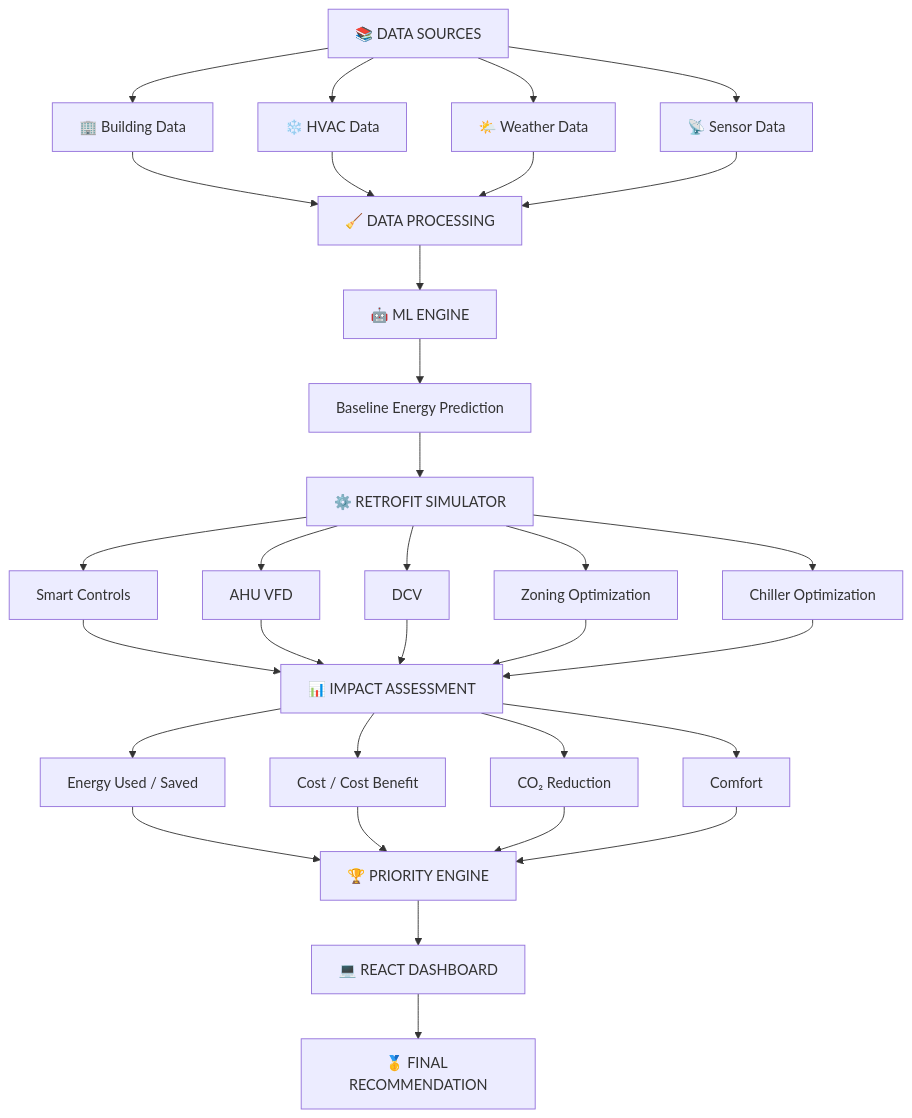
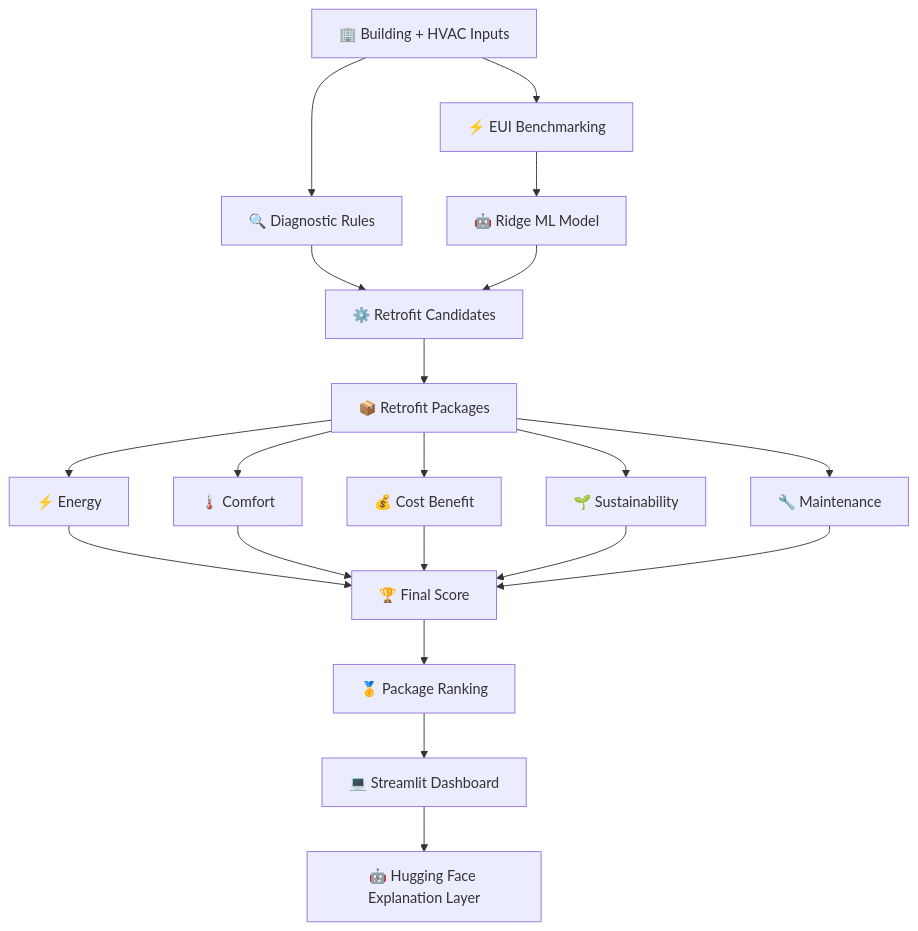
Before and after one commit to Swati-web-arch/Retrofit: the second of 2 diagrams in README.md, drawn with Mermaid. The commit also changed other lines of this file, not shown here.

````diff
--- a/README.md
+++ b/README.md
@@ -224,47 +601,33 @@
 ```mermaid
 flowchart TD
 
-    DATA["📚 DATA SOURCES"]
+    INPUT["🏢 Building + HVAC Inputs"]
 
-    DATA --> BUILD["🏢 Building Data"]
-    DATA --> HVAC["❄️ HVAC Data"]
-    DATA --> WEATHER["🌤️ Weather Data"]
-    DATA --> SENSOR["📡 Sensor Data"]
+    INPUT --> DIAG["🔍 Diagnostic Rules"]
+    INPUT --> EUI["⚡ EUI Benchmarking"]
 
-    BUILD --> PROCESS["🧹 DATA PROCESSING"]
-    HVAC --> PROCESS
-    WEATHER --> PROCESS
-    SENSOR --> PROCESS
+    EUI --> ML["🤖 Ridge ML Model"]
 
-    PROCESS --> ML["🤖 ML ENGINE"]
+    DIAG --> CANDIDATES["⚙️ Retrofit Candidates"]
+    ML --> CANDIDATES
 
-    ML --> BASE["Baseline Energy Prediction"]
+    CANDIDATES --> PACKAGES["📦 Retrofit Packages"]
 
-    BASE --> SIM["⚙️ RETROFIT SIMULATOR"]
+    PACKAGES --> ENERGY["⚡ Energy"]
+    PACKAGES --> COMFORT["🌡️ Comfort"]
+    PACKAGES --> COST["💰 Cost Benefit"]
+    PACKAGES --> SUSTAIN["🌱 Sustainability"]
+    PACKAGES --> MAINT["🔧 Maintenance"]
 
-    SIM --> SC["Smart Controls"]
-    SIM --> VFD["AHU VFD"]
-    SIM --> DCV["DCV"]
-    SIM --> ZONE["Zoning Optimization"]
-    SIM --> CHILLER["Chiller Optimization"]
+    ENERGY --> SCORE["🏆 Final Score"]
+    COMFORT --> SCORE
+    COST --> SCORE
+    SUSTAIN --> SCORE
+    MAINT --> SCORE
 
-    SC --> IMPACT["📊 IMPACT ASSESSMENT"]
-    VFD --> IMPACT
-    DCV --> IMPACT
-    ZONE --> IMPACT
-    CHILLER --> IMPACT
+    SCORE --> RANK["🥇 Package Ranking"]
 
-    IMPACT --> ENERGY["Energy Used / Saved"]
-    IMPACT --> COST["Cost / Cost Benefit"]
-    IMPACT --> CO2["CO₂ Reduction"]
-    IMPACT --> COMFORT["Comfort"]
+    RANK --> DASH["💻 Streamlit Dashboard"]
 
-    ENERGY --> RANK["🏆 PRIORITY ENGINE"]
-    COST --> RANK
-    CO2 --> RANK
-    COMFORT --> RANK
-
-    RANK --> DASH["💻 REACT DASHBOARD"]
-
-    DASH --> REC["🥇 FINAL RECOMMENDATION"]
+    DASH --> AI["🤖 Hugging Face Explanation Layer"]
 ```
````
